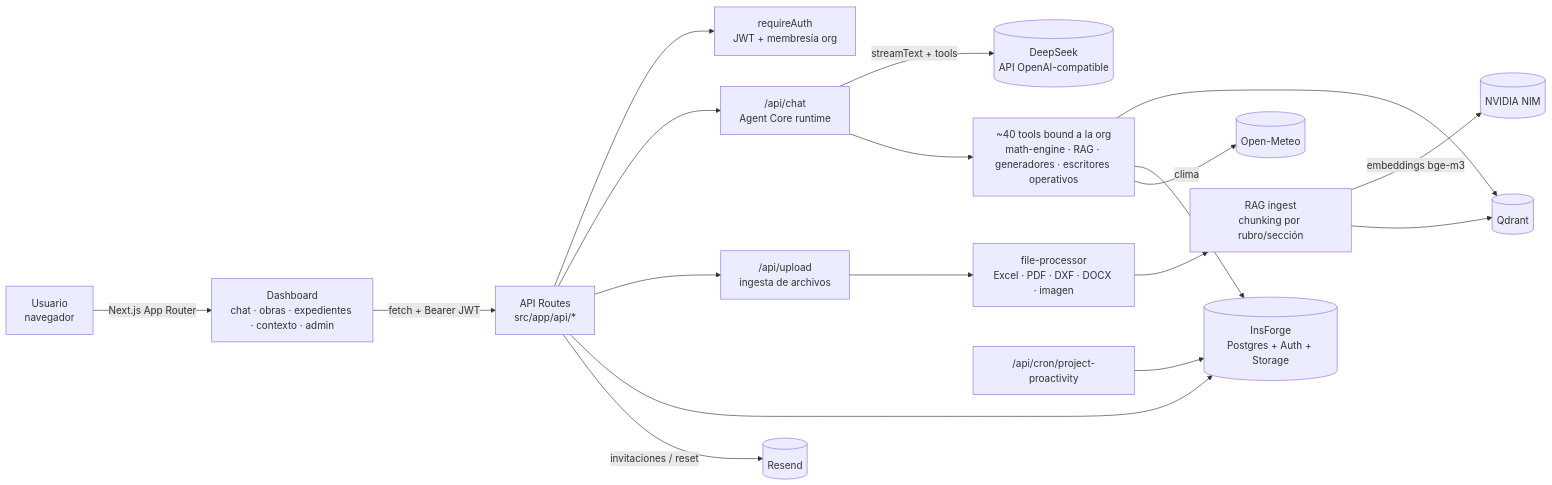
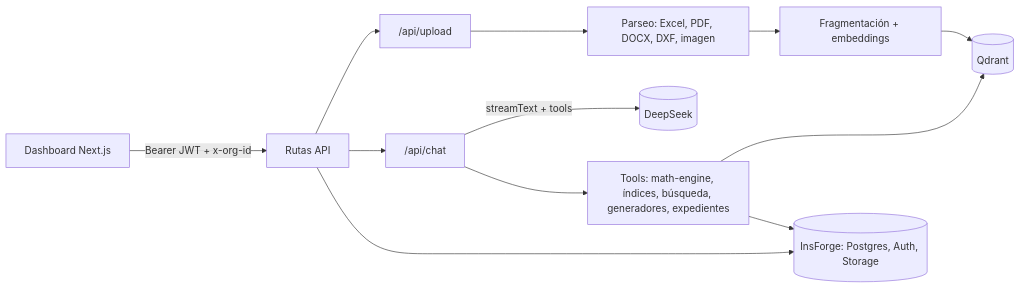
The diagram in README.md (nachapoticon-dot/EdificiA-Core), drawn with Mermaid before and after one commit. The commit also changed other lines of this file and 2 other files, not shown here.

````diff
--- a/README.md
+++ b/README.md
@@ -34,20 +22,14 @@
 ```mermaid
 flowchart LR
-    U[Usuario<br/>navegador] -->|Next.js App Router| UI[Dashboard<br/>chat · obras · expedientes · contexto · admin]
-    UI -->|fetch + Bearer JWT| API[API Routes<br/>src/app/api/*]
-    API --> AUTH[requireAuth<br/>JWT + membresía org]
-    API --> CHAT["/api/chat<br/>Agent Core runtime"]
-    API --> UP["/api/upload<br/>ingesta de archivos"]
-    CHAT -->|streamText + tools| LLM[(DeepSeek<br/>API OpenAI-compatible)]
-    CHAT --> TOOLS[~40 tools bound a la org<br/>math-engine · RAG · generadores · escritores operativos]
-    UP --> FP[file-processor<br/>Excel · PDF · DXF · DOCX · imagen]
-    FP --> RAG[RAG ingest<br/>chunking por rubro/sección]
-    RAG -->|embeddings bge-m3| NV[(NVIDIA NIM)]
+    UI[Dashboard Next.js] -->|Bearer JWT + x-org-id| API[Rutas API]
+    API --> UP["/api/upload"]
+    API --> CHAT["/api/chat"]
+    UP --> FP[Parseo: Excel, PDF, DOCX, DXF, imagen]
+    FP --> RAG[Fragmentación + embeddings]
     RAG --> QD[(Qdrant)]
+    CHAT -->|streamText + tools| LLM[(DeepSeek)]
+    CHAT --> TOOLS[Tools: math-engine, índices, búsqueda, generadores, expedientes]
     TOOLS --> QD
-    API --> IF[(InsForge<br/>Postgres + Auth + Storage)]
+    API --> IF[(InsForge: Postgres, Auth, Storage)]
     TOOLS --> IF
-    CRON["/api/cron/project-proactivity"] --> IF
-    TOOLS -->|clima| OM[(Open-Meteo)]
-    API -->|invitaciones / reset| RS[(Resend)]
 ```
````
